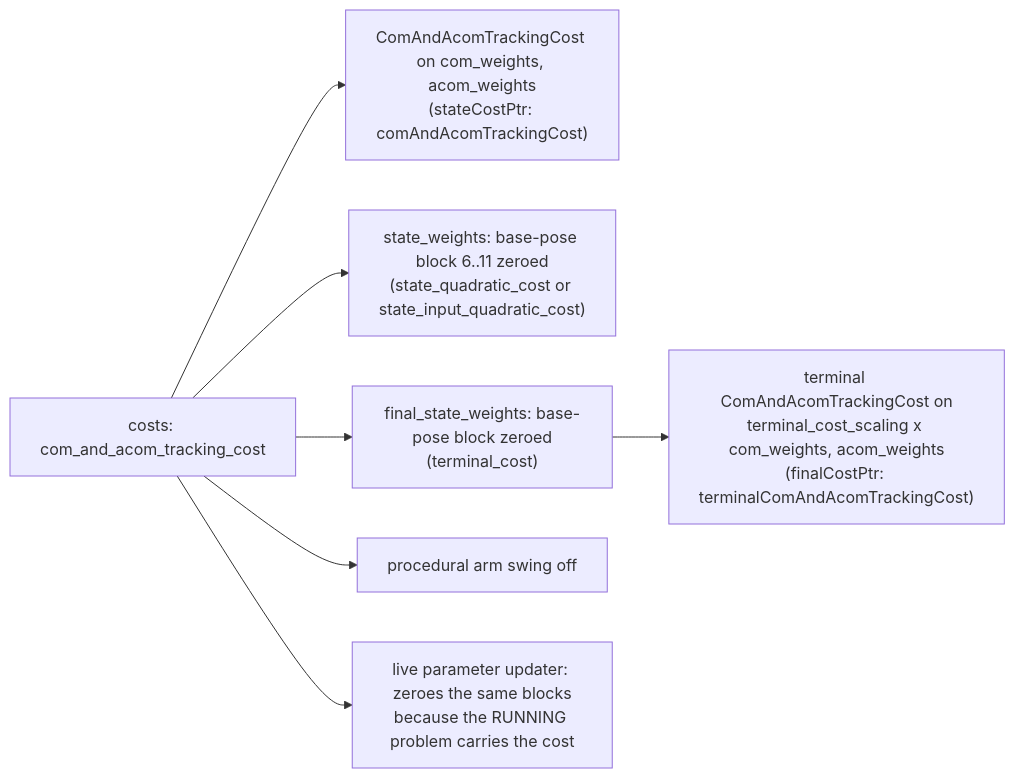
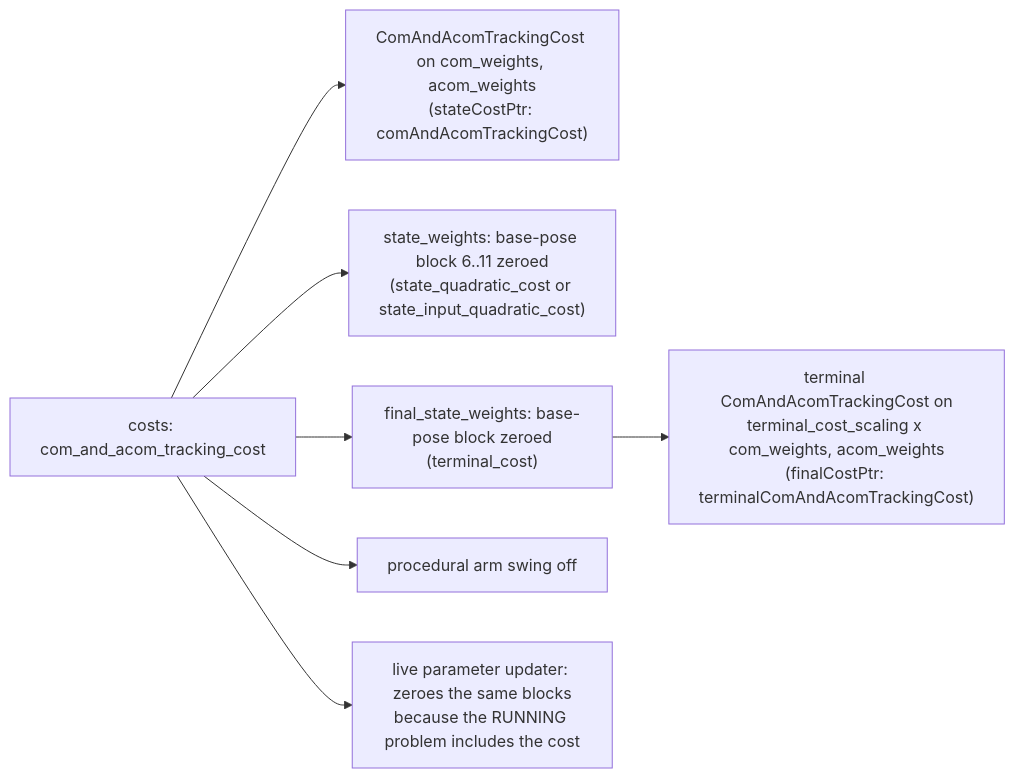
Before and after one commit to nicholaspalomo/wb_humanoid_mpc: the third of 3 diagrams in humanoid_learning/acom/README.md, drawn with Mermaid. The commit also changed other lines of this file and 732 other files, not shown here.

````diff
--- a/humanoid_learning/acom/README.md
+++ b/humanoid_learning/acom/README.md
@@ -235,9 +223,9 @@
 ```mermaid
 flowchart LR
     entry["costs: com_and_acom_tracking_cost"] --> running["ComAndAcomTrackingCost on com_weights, acom_weights<br/>(stateCostPtr: comAndAcomTrackingCost)"]
     entry --> zeroQ["state_weights: base-pose block 6..11 zeroed<br/>(state_quadratic_cost or state_input_quadratic_cost)"]
     entry --> zeroQf["final_state_weights: base-pose block zeroed<br/>(terminal_cost)"]
     zeroQf --> terminal["terminal ComAndAcomTrackingCost on<br/>terminal_cost_scaling x com_weights, acom_weights<br/>(finalCostPtr: terminalComAndAcomTrackingCost)"]
     entry --> arms["procedural arm swing off"]
-    entry --> updater["live parameter updater: zeroes the same blocks<br/>because the RUNNING problem carries the cost"]
+    entry --> updater["live parameter updater: zeroes the same blocks<br/>because the RUNNING problem includes the cost"]
 ```
````
